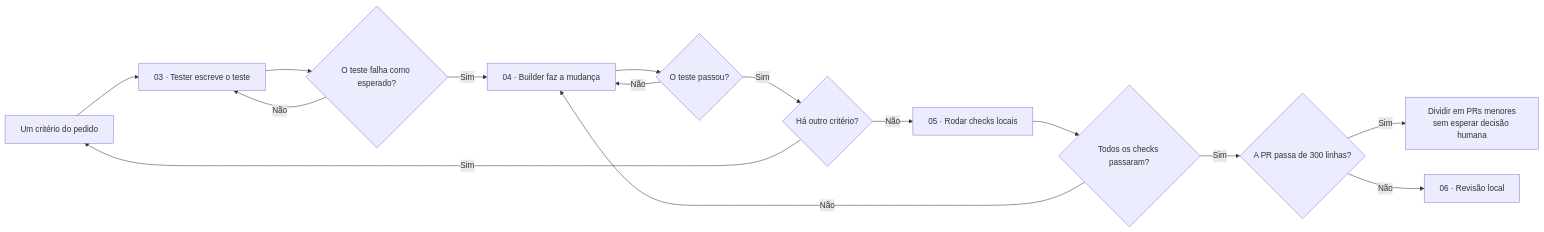
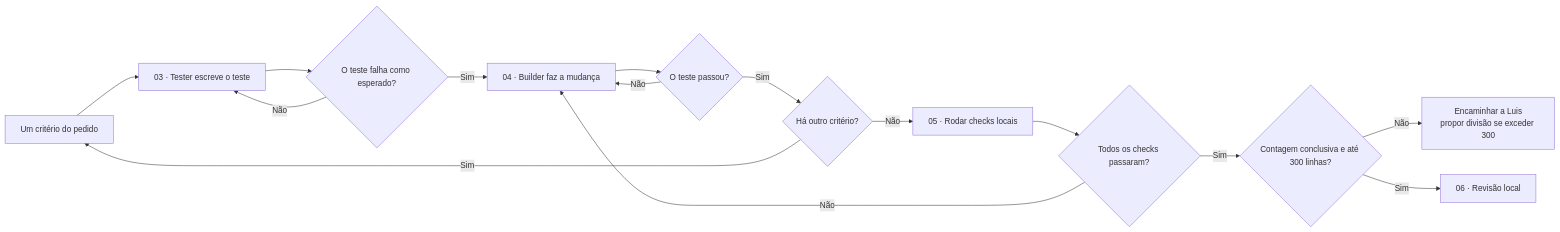
The third of 9 diagrams in factory-software.md (Luis-development-mova/factory-software), drawn with Mermaid before and after one commit. The commit also changed other lines of this file and 5 other files, not shown here.

````diff
--- a/factory-software.md
+++ b/factory-software.md
@@ -119,17 +119,17 @@
 ```mermaid
 flowchart LR
     criterio["Um critério do pedido"] --> tester["03 · Tester escreve o teste"]
     tester --> vermelho{"O teste falha como esperado?"}
     vermelho -->|Não| tester
     vermelho -->|Sim| builder["04 · Builder faz a mudança"]
     builder --> verde{"O teste passou?"}
     verde -->|Não| builder
     verde -->|Sim| outro{"Há outro critério?"}
     outro -->|Sim| criterio
     outro -->|Não| checks["05 · Rodar checks locais"]
     checks --> resultado{"Todos os checks passaram?"}
     resultado -->|Não| builder
-    resultado -->|Sim| limite{"A PR passa de 300 linhas?"}
-    limite -->|Sim| dividir["Dividir em PRs menores<br/>sem esperar decisão humana"]
-    limite -->|Não| revisao["06 · Revisão local"]
+    resultado -->|Sim| limite{"Contagem conclusiva e até 300 linhas?"}
+    limite -->|Não| escalar["Encaminhar a Luis<br/>propor divisão se exceder 300"]
+    limite -->|Sim| revisao["06 · Revisão local"]
 ```
````
